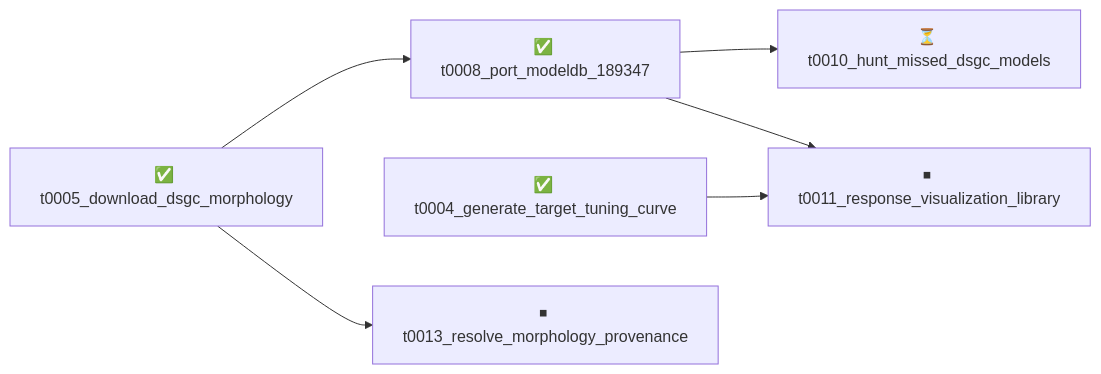
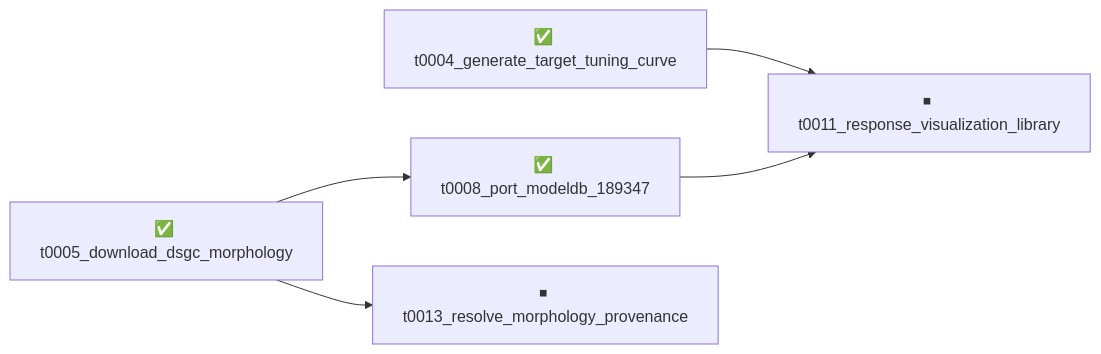
One commit to tonza17/neuron-channels changed the diagram in overview/tasks/README.md. Above: the diagram before and after it, drawn with Mermaid. The commit also changed other lines of this file and 48 other files, not shown here.

First line of the commit message:
Refresh overview/ after t0010_hunt_missed_dsgc_models merge

````diff
--- a/overview/tasks/README.md
+++ b/overview/tasks/README.md
@@ -13,15 +12,13 @@
 ```mermaid
 graph LR
     t0004_generate_target_tuning_curve["✅ t0004_generate_target_tuning_curve"]
     t0005_download_dsgc_morphology["✅ t0005_download_dsgc_morphology"]
     t0008_port_modeldb_189347["✅ t0008_port_modeldb_189347"]
-    t0010_hunt_missed_dsgc_models["⏳ t0010_hunt_missed_dsgc_models"]
     t0011_response_visualization_library["⏹ t0011_response_visualization_library"]
     t0013_resolve_morphology_provenance["⏹ t0013_resolve_morphology_provenance"]
 
     t0005_download_dsgc_morphology --> t0008_port_modeldb_189347
-    t0008_port_modeldb_189347 --> t0010_hunt_missed_dsgc_models
     t0004_generate_target_tuning_curve --> t0011_response_visualization_library
     t0008_port_modeldb_189347 --> t0011_response_visualization_library
     t0005_download_dsgc_morphology --> t0013_resolve_morphology_provenance
 ```
````
